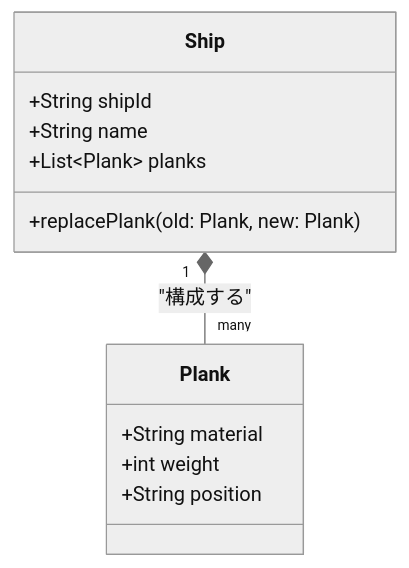
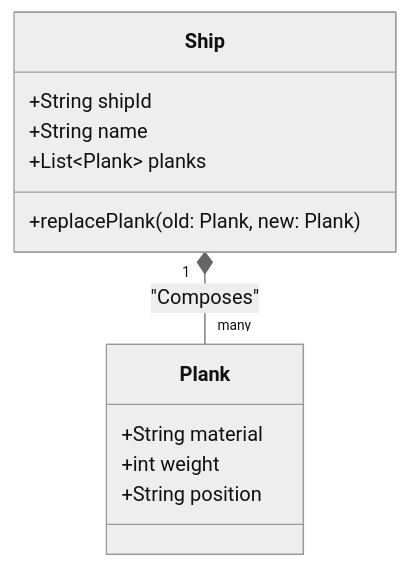
Before and after one commit to kenjinote/blog: the second of 4 diagrams in content/post/ship-of-theseus/index.en.md, drawn with Mermaid (neutral theme). The commit also changed other lines of this file and 28 other files, not shown here.

Commit message:
Translate Japanese text inside Mermaid diagrams to respective languages

````diff
--- a/content/post/ship-of-theseus/index.en.md
+++ b/content/post/ship-of-theseus/index.en.md
@@ -67,15 +67,15 @@
 ```mermaid
 classDiagram
     class Ship {
         +String shipId
         +String name
         +List~Plank~ planks
         +replacePlank(old: Plank, new: Plank)
     }
     class Plank {
         +String material
         +int weight
         +String position
     }
-    Ship "1" *-- "many" Plank : "構成する"
+    Ship "1" *-- "many" Plank : "Composes"
 ```
````
